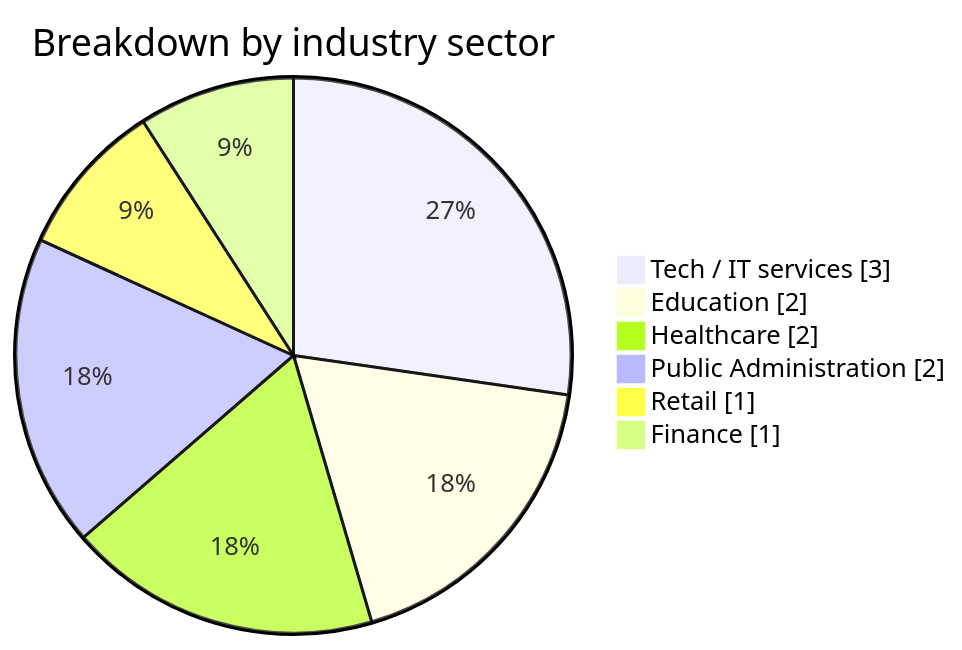
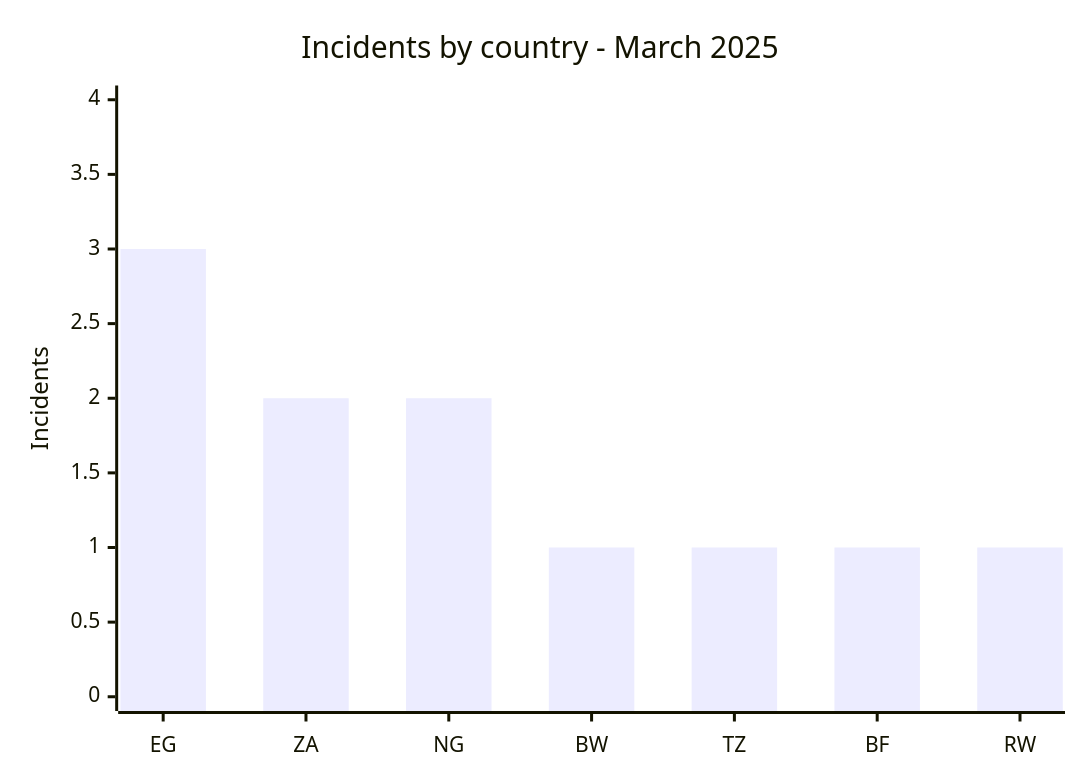
One commit to Hatchepsoute/AFRINTEL changed the second of 7 diagrams in CyberAttackAfrica/2025/03-march/README.md. Above: the diagram before and after it, drawn with Mermaid. The commit also changed other lines of this file and 7 other files, not shown here.

````diff
--- a/CyberAttackAfrica/2025/03-march/README.md
+++ b/CyberAttackAfrica/2025/03-march/README.md
@@ -62,10 +87,7 @@
 ```mermaid
-pie showData
-    title Breakdown by industry sector
-    "Tech / IT services" : 3
-    "Education" : 2
-    "Healthcare" : 2
-    "Public Administration" : 2
-    "Retail" : 1
-    "Finance" : 1
+xychart-beta
+    title "Incidents by country - March 2025"
+    x-axis ["EG", "ZA", "NG", "BW", "TZ", "BF", "RW"]
+    y-axis "Incidents" 0 --> 4
+    bar [3, 2, 2, 1, 1, 1, 1]
 ```
````
